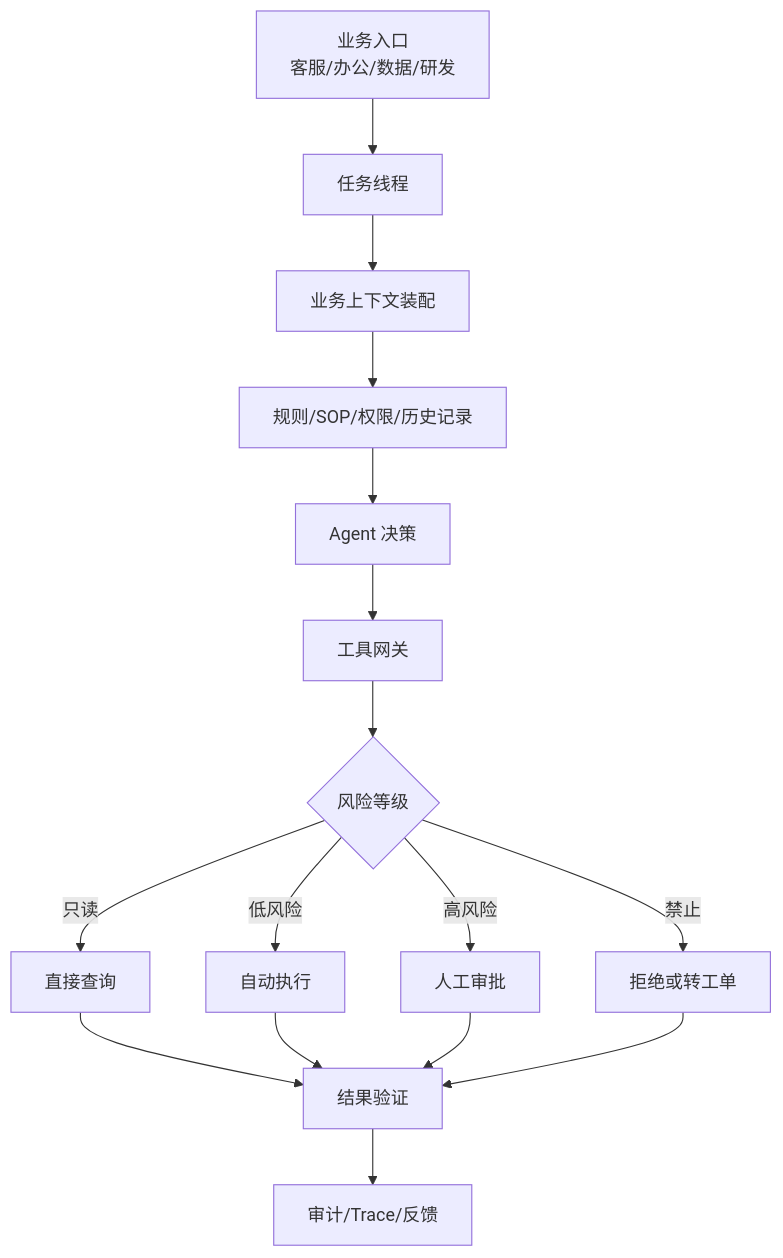
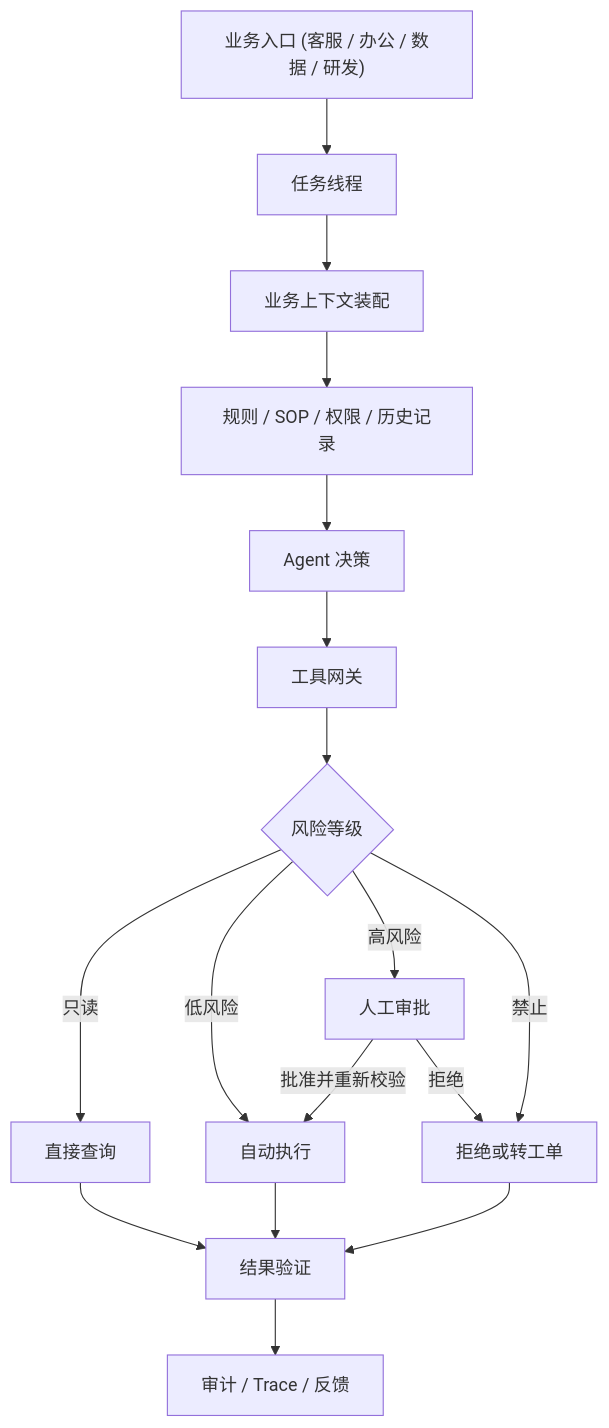
The diagram in 10-AI应用开发/09-标杆产品拆解/03-从Codex和Claude-Code反推企业Agent设计.md (GuoWWWX/knowledge-base), drawn with Mermaid before and after one commit. The commit also changed other lines of this file and 251 other files, not shown here.

````diff
--- a/10-AI应用开发/09-标杆产品拆解/03-从Codex和Claude-Code反推企业Agent设计.md
+++ b/10-AI应用开发/09-标杆产品拆解/03-从Codex和Claude-Code反推企业Agent设计.md
@@ -41,18 +41,19 @@
 ```mermaid
 flowchart TD
-    A[业务入口<br/>客服/办公/数据/研发] --> B[任务线程]
-    B --> C[业务上下文装配]
-    C --> D[规则/SOP/权限/历史记录]
-    D --> E[Agent 决策]
-    E --> F[工具网关]
-    F --> G{风险等级}
-    G -->|只读| H[直接查询]
-    G -->|低风险| I[自动执行]
-    G -->|高风险| J[人工审批]
-    G -->|禁止| K[拒绝或转工单]
-    H --> L[结果验证]
+    A["业务入口 (客服 / 办公 / 数据 / 研发)"] --> B["任务线程"]
+    B --> C["业务上下文装配"]
+    C --> D["规则 / SOP / 权限 / 历史记录"]
+    D --> E["Agent 决策"]
+    E --> F["工具网关"]
+    F --> G{"风险等级"}
+    G -->|只读| H["直接查询"]
+    G -->|低风险| I["自动执行"]
+    G -->|高风险| J["人工审批"]
+    G -->|禁止| K["拒绝或转工单"]
+    H --> L["结果验证"]
     I --> L
-    J --> L
+    J -->|批准并重新校验| I
+    J -->|拒绝| K
     K --> L
-    L --> M[审计/Trace/反馈]
+    L --> M["审计 / Trace / 反馈"]
 ```
````
